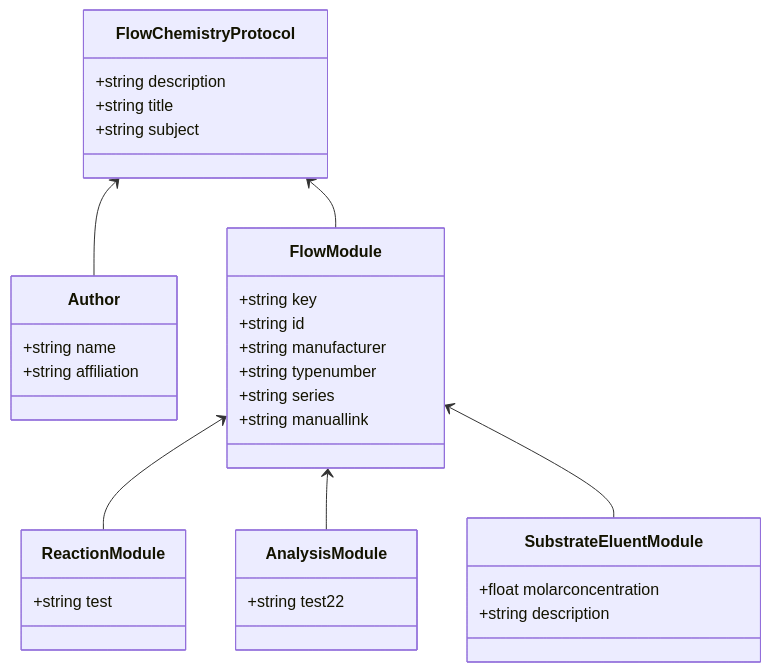
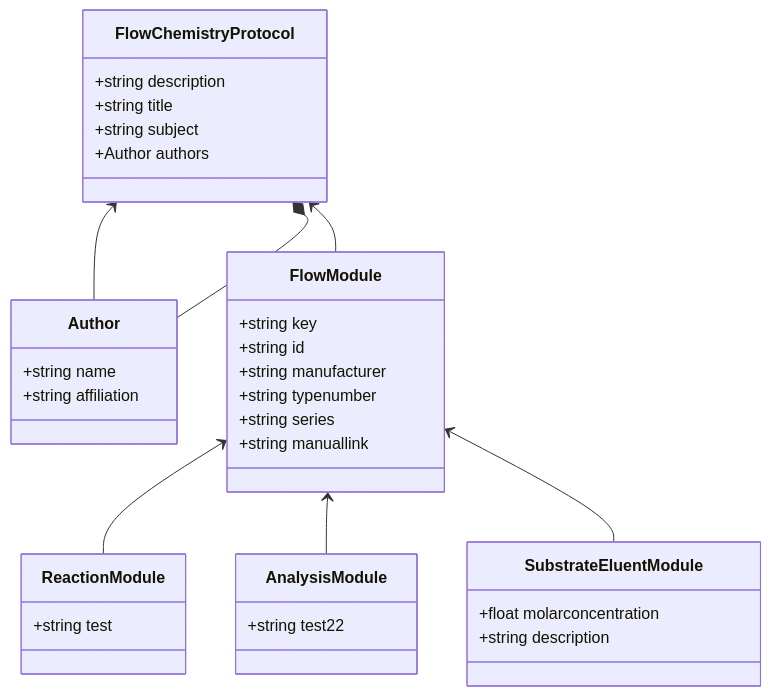
One commit to C-Kessler/sdrdm-flowchem-B2 changed the diagram in pyDataset/schemes/Dataset.md. Above: the diagram before and after it, drawn with Mermaid. The commit also changed 2 other files, not shown here.

````diff
--- a/pyDataset/schemes/Dataset.md
+++ b/pyDataset/schemes/Dataset.md
@@ -1,42 +1,44 @@
 ```mermaid
 classDiagram
     FlowChemistryProtocol <-- Author
     FlowChemistryProtocol <-- FlowModule
     FlowModule <-- ReactionModule
     FlowModule <-- AnalysisModule
     FlowModule <-- SubstrateEluentModule
+    FlowChemistryProtocol *-- Author
     
     class FlowChemistryProtocol {
         +string description
         +string title
         +string subject
+        +Author authors
     }
     
     class Author {
         +string name
         +string affiliation
     }
     
     class FlowModule {
         +string key
         +string id
         +string manufacturer
         +string typenumber
         +string series
         +string manuallink
     }
     
     class ReactionModule {
         +string test
     }
     
     class AnalysisModule {
         +string test22
     }
     
     class SubstrateEluentModule {
         +float molarconcentration
         +string description
     }
     
 ```
````
